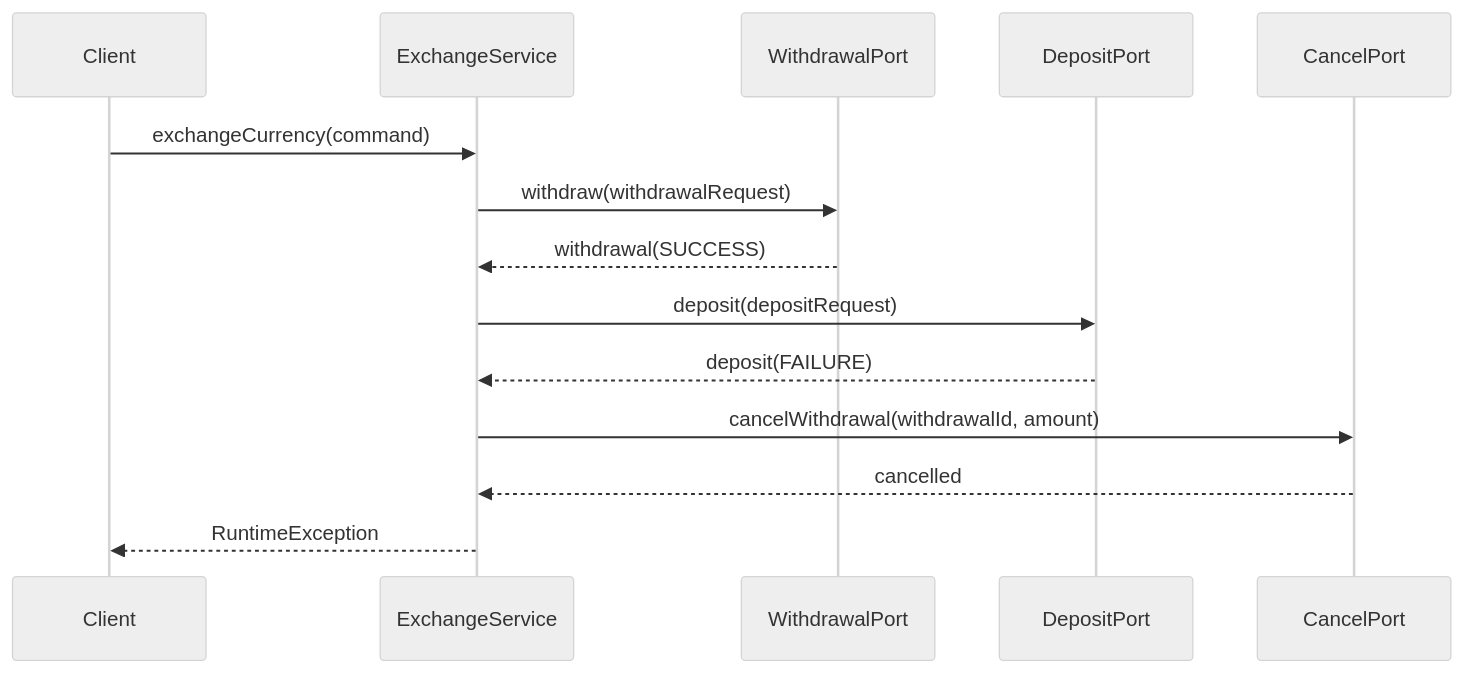
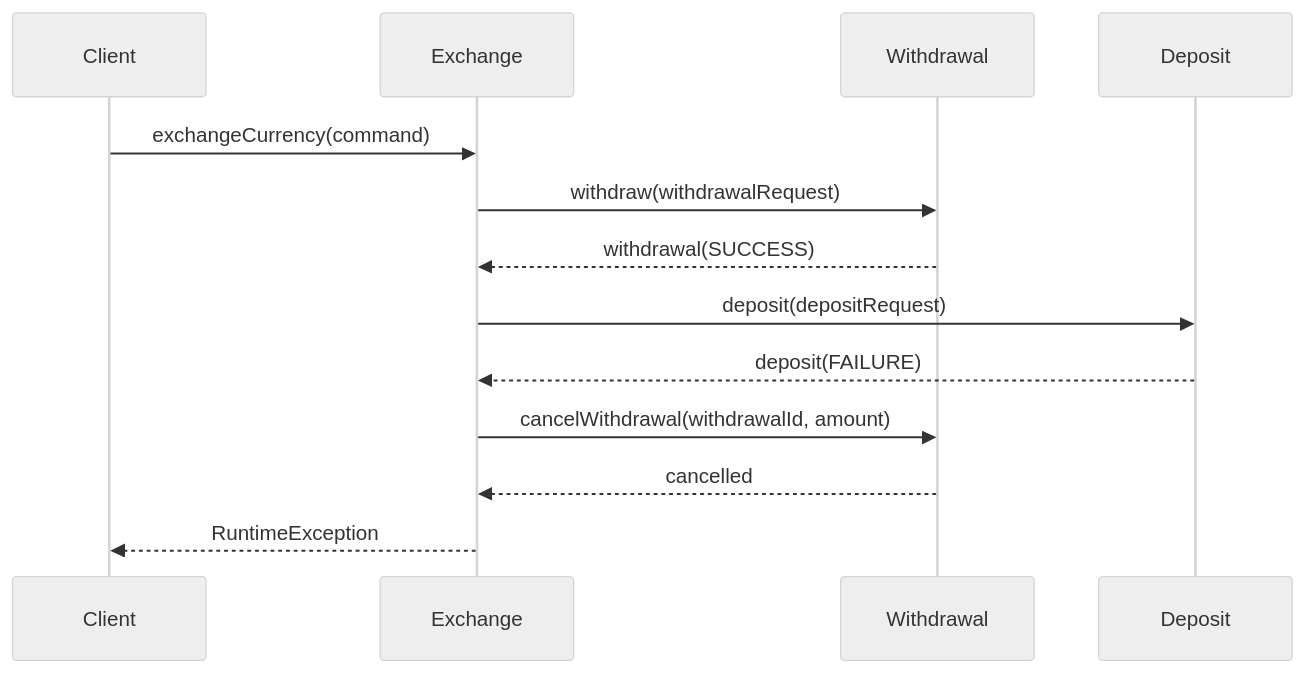
One commit to boldfaced7/springboot-msa-foreign-exchange changed the third of 3 diagrams in README.md. Above: the diagram before and after it, drawn with Mermaid (neutral theme). The commit also changed other lines of this file, not shown here.

````diff
--- a/README.md
+++ b/README.md
@@ -63,17 +60,17 @@
 ```mermaid
 sequenceDiagram
     participant Client
-    participant ExchangeService
-    participant WithdrawalPort
-    participant DepositPort
-    participant CancelPort
+    participant Exchange
+    participant Withdrawal
+    participant Deposit
+    participant Withdrawal
 
-    Client->>ExchangeService: exchangeCurrency(command)
-    ExchangeService->>WithdrawalPort: withdraw(withdrawalRequest)
-    WithdrawalPort-->>ExchangeService: withdrawal(SUCCESS)
-    ExchangeService->>DepositPort: deposit(depositRequest)
-    DepositPort-->>ExchangeService: deposit(FAILURE)
-    ExchangeService->>CancelPort: cancelWithdrawal(withdrawalId, amount)
-    CancelPort-->>ExchangeService: cancelled
-    ExchangeService-->>Client: RuntimeException
+    Client->>Exchange: exchangeCurrency(command)
+    Exchange->>Withdrawal: withdraw(withdrawalRequest)
+    Withdrawal-->>Exchange: withdrawal(SUCCESS)
+    Exchange->>Deposit: deposit(depositRequest)
+    Deposit-->>Exchange: deposit(FAILURE)
+    Exchange->>Withdrawal: cancelWithdrawal(withdrawalId, amount)
+    Withdrawal-->>Exchange: cancelled
+    Exchange-->>Client: RuntimeException
 ```
````
